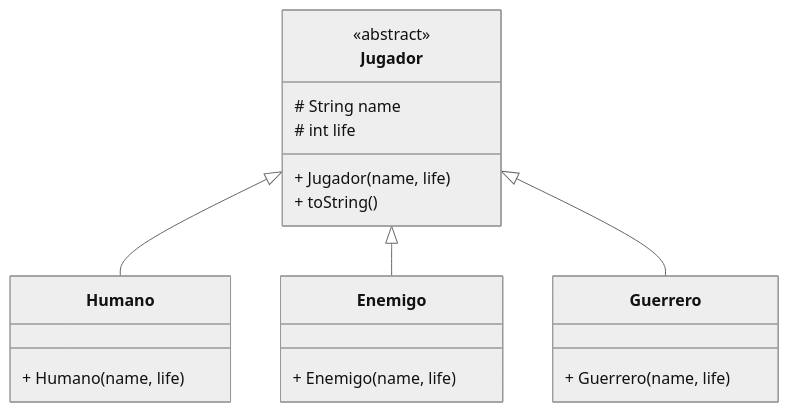
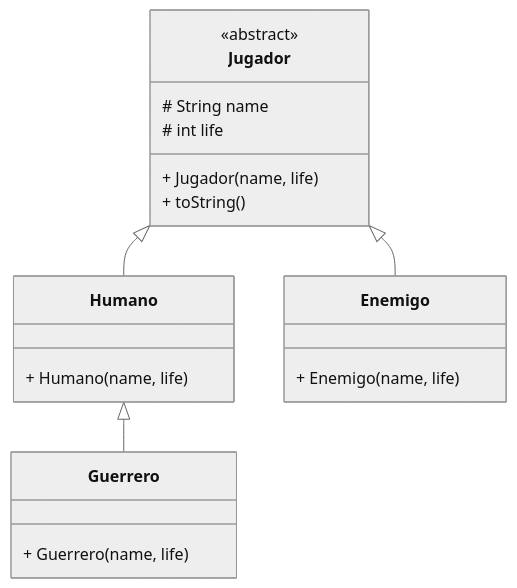
Before and after one commit to JMAbadLopez/programacion: the first of 2 diagrams in docs/ejercicios/ud06/ejercicios_ud6_juego_rol.md, drawn with Mermaid (neutral theme). The commit also changed other lines of this file and 38 other files, not shown here.

````diff
--- a/docs/ejercicios/ud06/ejercicios_ud6_juego_rol.md
+++ b/docs/ejercicios/ud06/ejercicios_ud6_juego_rol.md
@@ -17,23 +17,23 @@
 ```mermaid
 classDiagram
     class Jugador {
         <<abstract>>
         # String name
         # int life
         + Jugador(name, life)
         + toString()
     }
     class Humano {
         + Humano(name, life)
     }
     class Enemigo {
         + Enemigo(name, life)
     }
     class Guerrero {
         + Guerrero(name, life)
     }
 
     Jugador <|-- Humano
     Jugador <|-- Enemigo
-    Jugador <|-- Guerrero
+    Humano <|-- Guerrero
 ```
````
